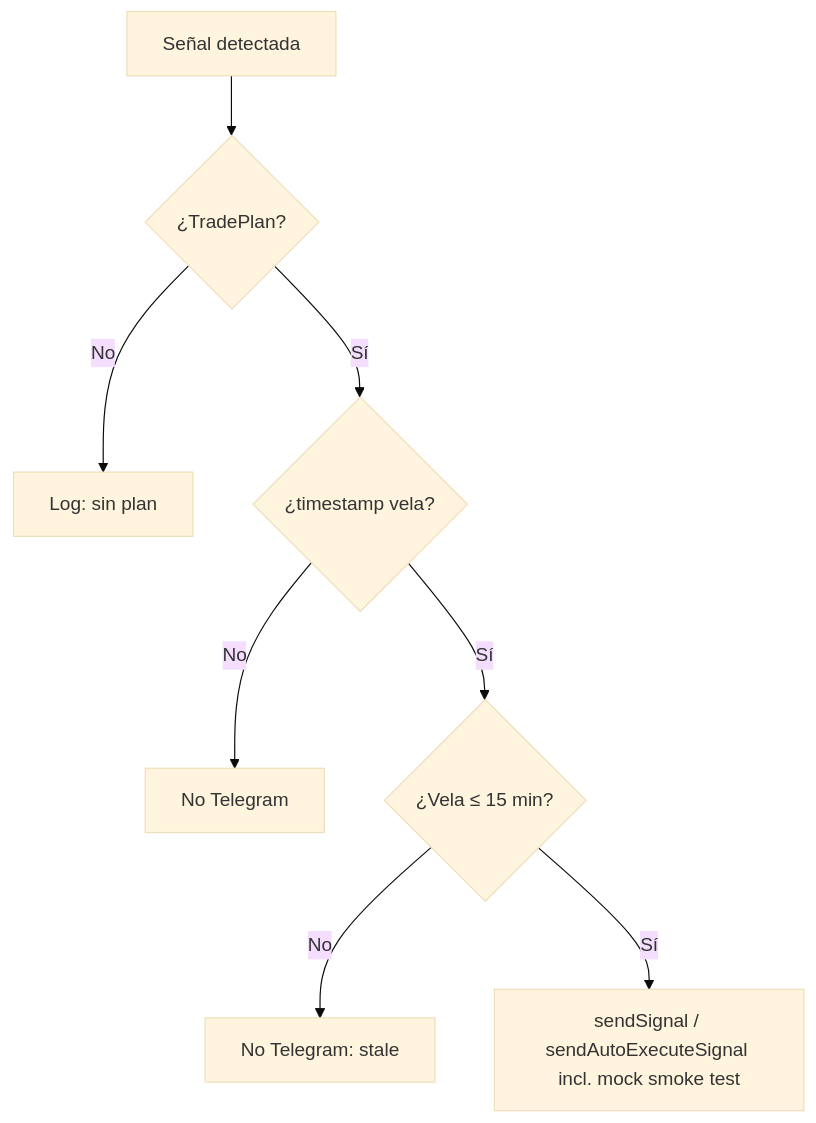
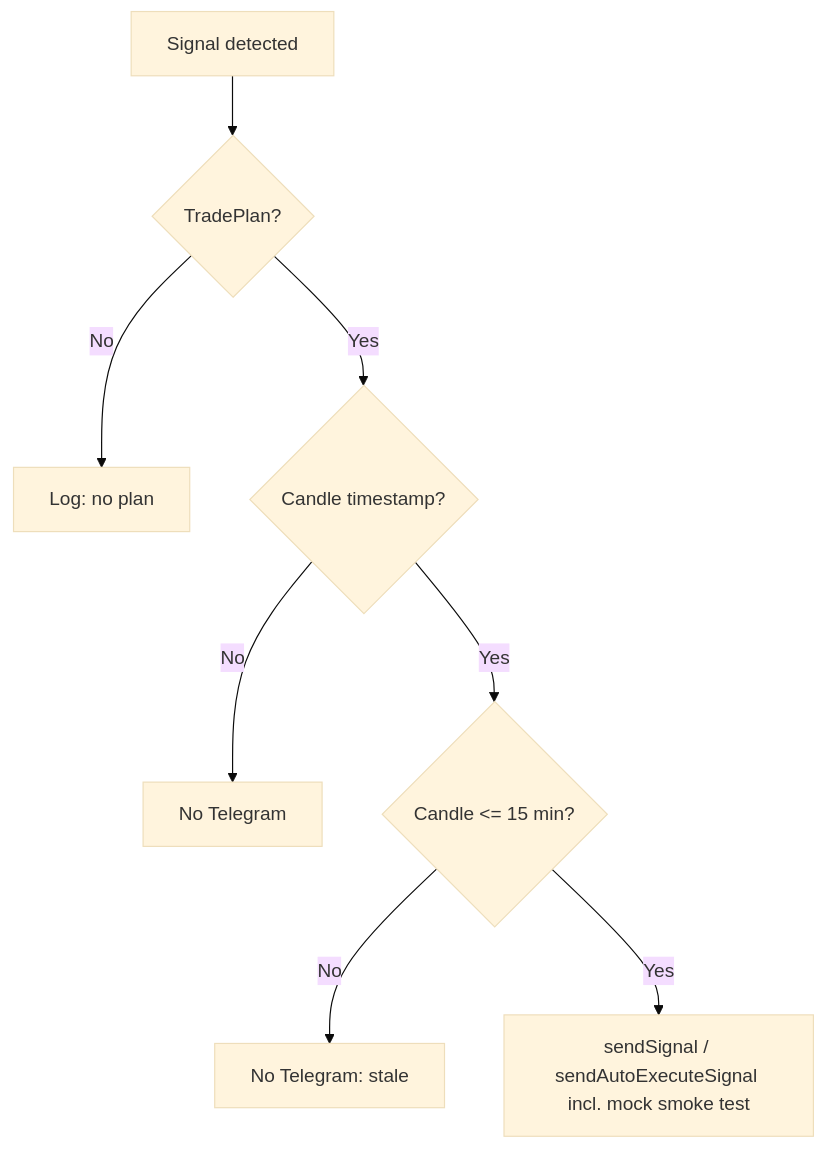
One commit to fgiaquintaruiz/options-quant changed the second of 3 diagrams in docs/LIVE-MODE-PRD.md. Above: the diagram before and after it, drawn with Mermaid (base theme). The commit also changed other lines of this file and 10 other files, not shown here.

````diff
--- a/docs/LIVE-MODE-PRD.md
+++ b/docs/LIVE-MODE-PRD.md
@@ -70,10 +70,10 @@
 ```mermaid
 flowchart TD
-  A["Señal detectada"] --> B{"¿TradePlan?"}
-  B -- No --> Z["Log: sin plan"]
-  B -- Sí --> C{"¿timestamp vela?"}
+  A["Signal detected"] --> B{"TradePlan?"}
+  B -- No --> Z["Log: no plan"]
+  B -- Yes --> C{"Candle timestamp?"}
   C -- No --> T0["No Telegram"]
-  C -- Sí --> D{"¿Vela ≤ 15 min?"}
+  C -- Yes --> D{"Candle <= 15 min?"}
   D -- No --> T1["No Telegram: stale"]
-  D -- Sí --> F["sendSignal / sendAutoExecuteSignal incl. mock smoke test"]
+  D -- Yes --> F["sendSignal / sendAutoExecuteSignal incl. mock smoke test"]
 ```
````
